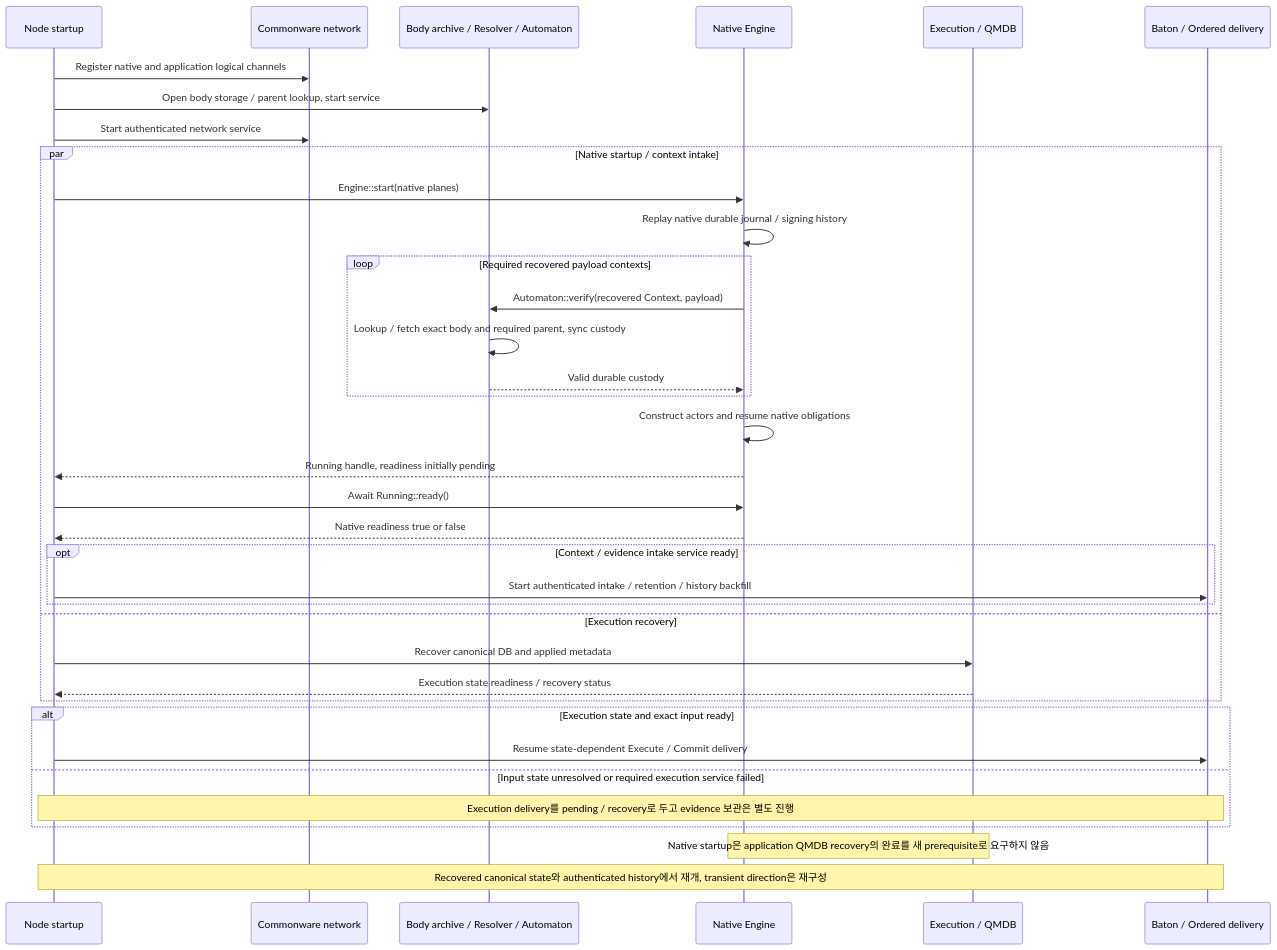
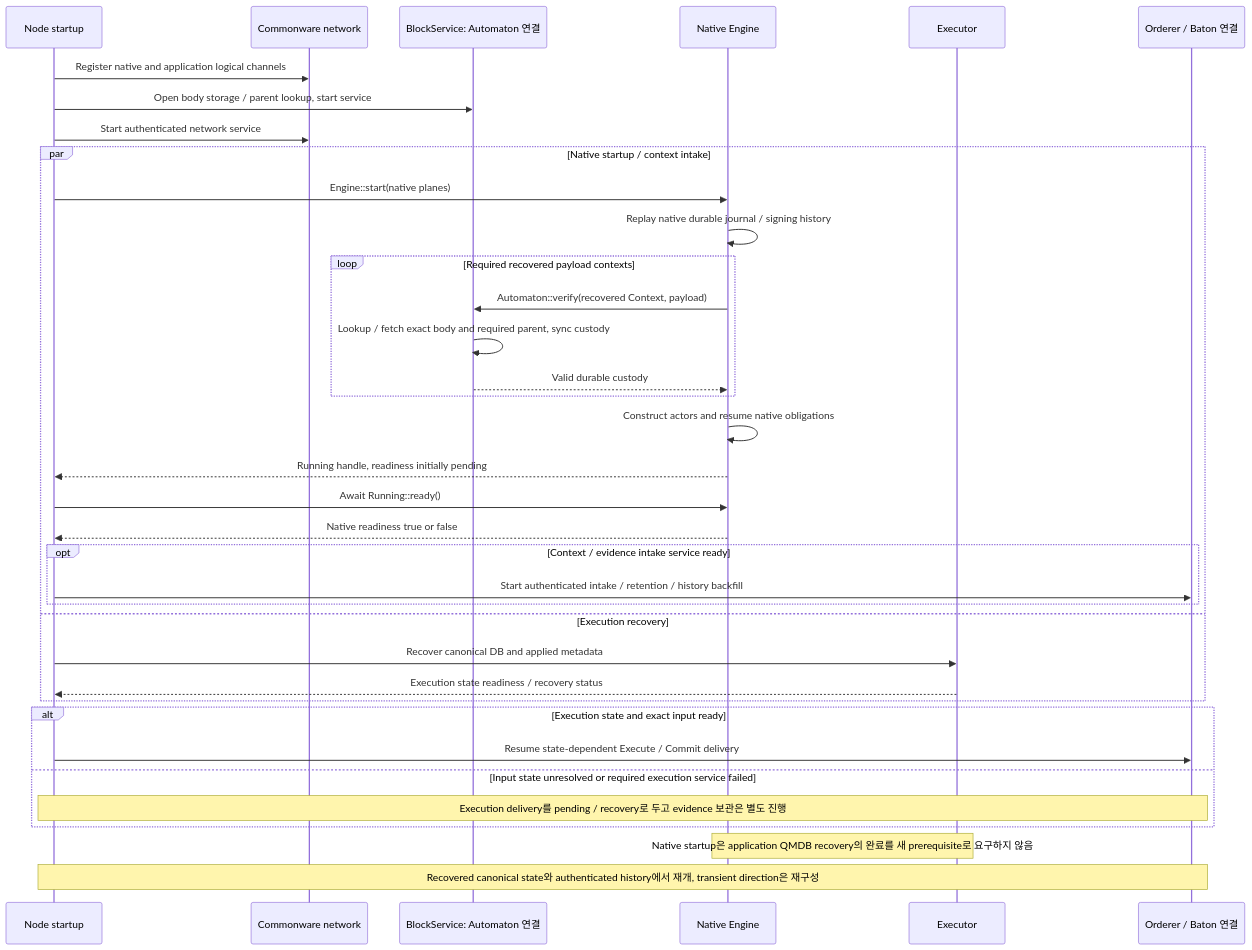
One commit to djm07073/baton-research changed diagram 13 of 18 in IMPLEMENTATION_SPEC.md. Above: the diagram before and after it, drawn with Mermaid. The commit also changed other lines of this file and 51 other files, not shown here.

````diff
--- a/IMPLEMENTATION_SPEC.md
+++ b/IMPLEMENTATION_SPEC.md
@@ -582,38 +618,38 @@
 ```mermaid
 sequenceDiagram
     participant S as Node startup
     participant W as Commonware network
-    participant A as Body archive / Resolver / Automaton
+    participant A as BlockService: Automaton 연결
     participant N as Native Engine
-    participant E as Execution / QMDB
-    participant B as Baton / Ordered delivery
+    participant E as Executor
+    participant B as Orderer / Baton 연결
     S->>W: Register native and application logical channels
     S->>A: Open body storage / parent lookup, start service
     S->>W: Start authenticated network service
     par Native startup / context intake
         S->>N: Engine::start(native planes)
         N->>N: Replay native durable journal / signing history
         loop Required recovered payload contexts
             N->>A: Automaton::verify(recovered Context, payload)
             A->>A: Lookup / fetch exact body and required parent, sync custody
             A-->>N: Valid durable custody
         end
         N->>N: Construct actors and resume native obligations
         N-->>S: Running handle, readiness initially pending
         S->>N: Await Running::ready()
         N-->>S: Native readiness true or false
         opt Context / evidence intake service ready
             S->>B: Start authenticated intake / retention / history backfill
         end
     and Execution recovery
         S->>E: Recover canonical DB and applied metadata
         E-->>S: Execution state readiness / recovery status
     end
     alt Execution state and exact input ready
         S->>B: Resume state-dependent Execute / Commit delivery
     else Input state unresolved or required execution service failed
         Note over S,B: Execution delivery를 pending / recovery로 두고 evidence 보관은 별도 진행
     end
     Note over N,E: Native startup은 application QMDB recovery의 완료를 새 prerequisite로 요구하지 않음
     Note over S,B: Recovered canonical state와 authenticated history에서 재개, transient direction은 재구성
 ```
````
